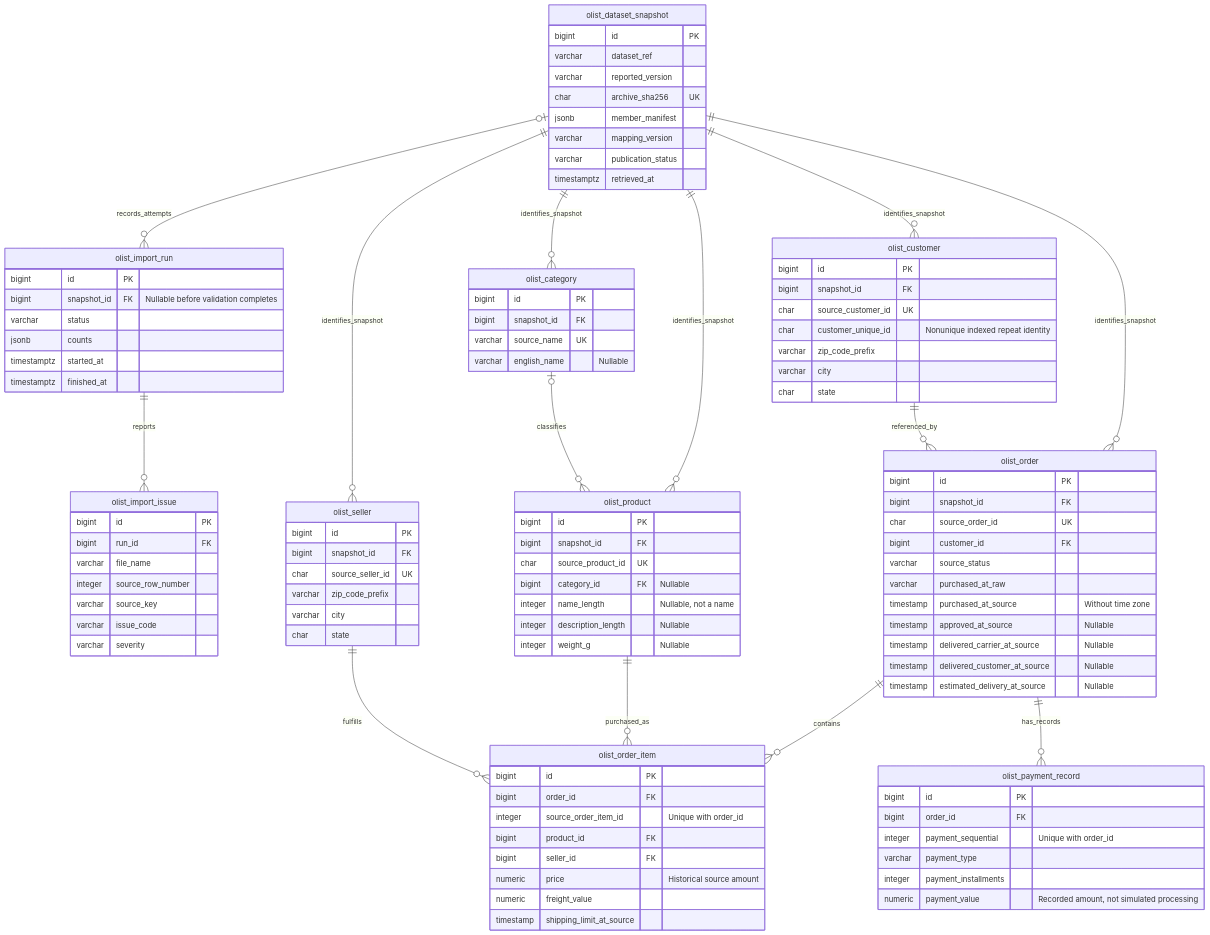
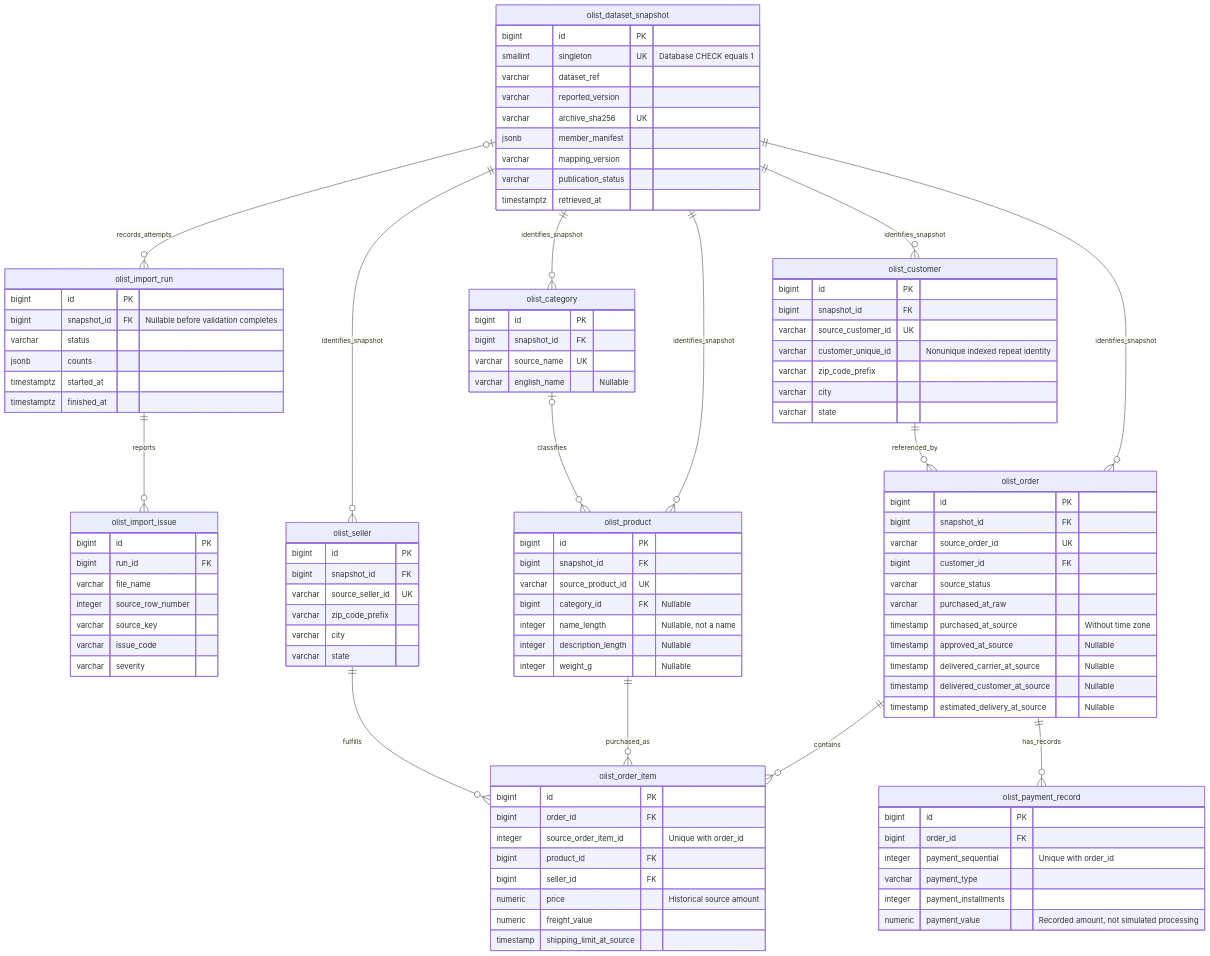
One commit to joaoltrevisan/django-orders-inventory-portfolio changed the first of 2 diagrams in docs/olist/data-model.md. Above: the diagram before and after it, drawn with Mermaid. The commit also changed other lines of this file and 72 other files, not shown here.

```diff
--- a/docs/olist/data-model.md
+++ b/docs/olist/data-model.md
@@ -22,9 +22,10 @@
 
     olist_dataset_snapshot {
         bigint id PK
+        smallint singleton UK "Database CHECK equals 1"
         varchar dataset_ref
         varchar reported_version
-        char archive_sha256 UK
+        varchar archive_sha256 UK
         jsonb member_manifest
         varchar mapping_version
         varchar publication_status
@@ -50,11 +51,11 @@
     olist_customer {
         bigint id PK
         bigint snapshot_id FK
-        char source_customer_id UK
-        char customer_unique_id "Nonunique indexed repeat identity"
+        varchar source_customer_id UK
+        varchar customer_unique_id "Nonunique indexed repeat identity"
         varchar zip_code_prefix
         varchar city
-        char state
+        varchar state
     }
     olist_category {
         bigint id PK
@@ -65,7 +66,7 @@
     olist_product {
         bigint id PK
         bigint snapshot_id FK
-        char source_product_id UK
+        varchar source_product_id UK
         bigint category_id FK "Nullable"
         integer name_length "Nullable, not a name"
         integer description_length "Nullable"
@@ -74,15 +75,15 @@
     olist_seller {
         bigint id PK
         bigint snapshot_id FK
-        char source_seller_id UK
+        varchar source_seller_id UK
         varchar zip_code_prefix
         varchar city
-        char state
+        varchar state
     }
     olist_order {
         bigint id PK
         bigint snapshot_id FK
-        char source_order_id UK
+        varchar source_order_id UK
         bigint customer_id FK
         varchar source_status
         varchar purchased_at_raw
```
